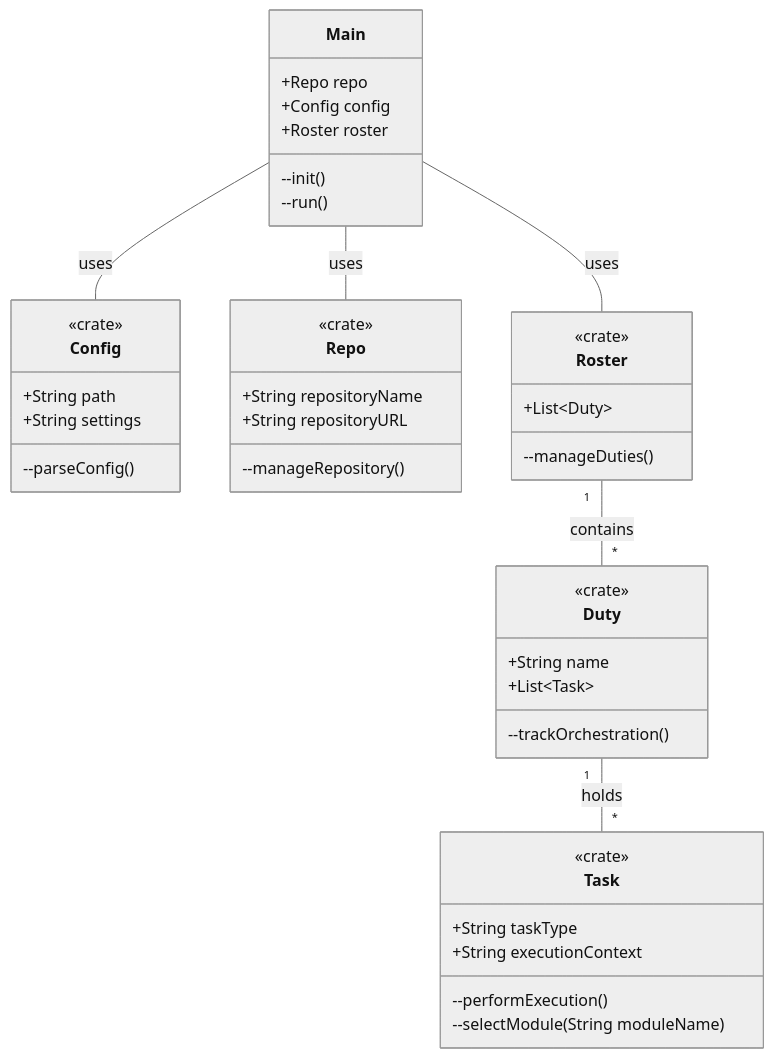
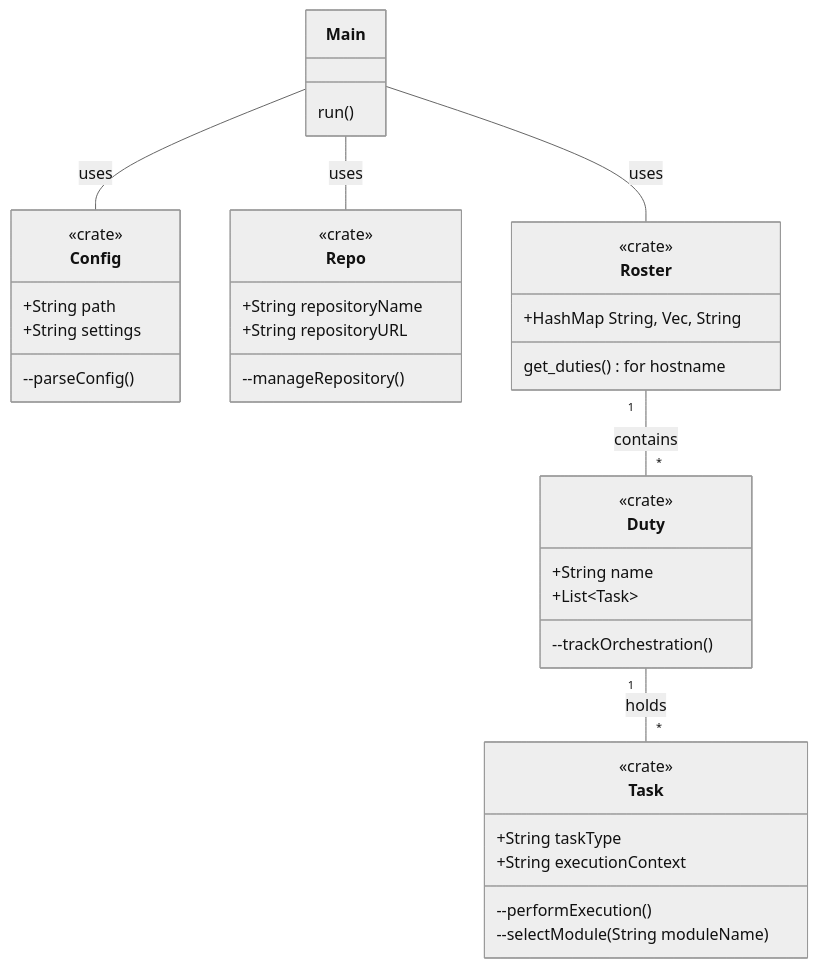
Before and after one commit to vangourd/g8r: the diagram in README.md, drawn with Mermaid (neutral theme).

Commit message:
Still thinking through graph

````diff
--- a/README.md
+++ b/README.md
@@ -10,47 +10,44 @@
 ```mermaid
 classDiagram
     class Main {
-        +Repo repo
-        +Config config
-        +Roster roster
-        --init()
-        --run()
+        run()
     }
     class Config {
         <<crate>>
         +String path
         +String settings
         --parseConfig()
     }
     class Repo {
         <<crate>>
         +String repositoryName
         +String repositoryURL
         --manageRepository()
     }
     class Roster {
         <<crate>>
-        +List~Duty~
-        --manageDuties()
+        +HashMap String, Vec, String
+        get_duties() for hostname
     }
     class Duty {
         <<crate>>
         +String name
         +List~Task~
         --trackOrchestration()
     }
     class Task {
         <<crate>>
         +String taskType
         +String executionContext
         --performExecution()
         --selectModule(String moduleName)
     }
 
     Main -- Config : uses
     Main -- Repo : uses
     Main -- Roster : uses
     Roster "1" -- "*" Duty : contains
     Duty "1" -- "*" Task : holds
 
+
 ```
````
